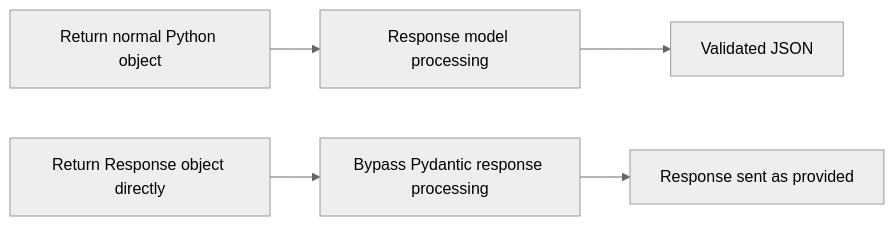
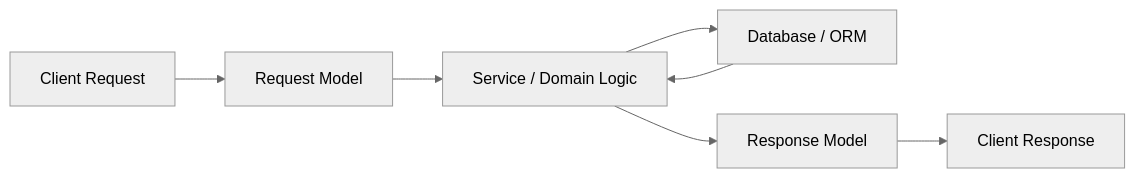
Before and after one commit to AvadhBhalodiya/Interview-Preparation: the fifth of 5 diagrams in src/content/fastapi/response-models.md, drawn with Mermaid (neutral theme). The commit also changed other lines of this file and 80 other files, not shown here.

````diff
--- a/src/content/fastapi/response-models.md
+++ b/src/content/fastapi/response-models.md
@@ -1027,8 +656,9 @@
 ```mermaid
 flowchart LR
-    A[Return normal Python object] --> B[Response model processing]
-    B --> C[Validated JSON]
-
-    D[Return Response object directly] --> E[Bypass Pydantic response processing]
-    E --> F[Response sent as provided]
+    A[Client Request] --> B[Request Model]
+    B --> C[Service / Domain Logic]
+    C --> D[Database / ORM]
+    D --> C
+    C --> E[Response Model]
+    E --> F[Client Response]
 ```
````
